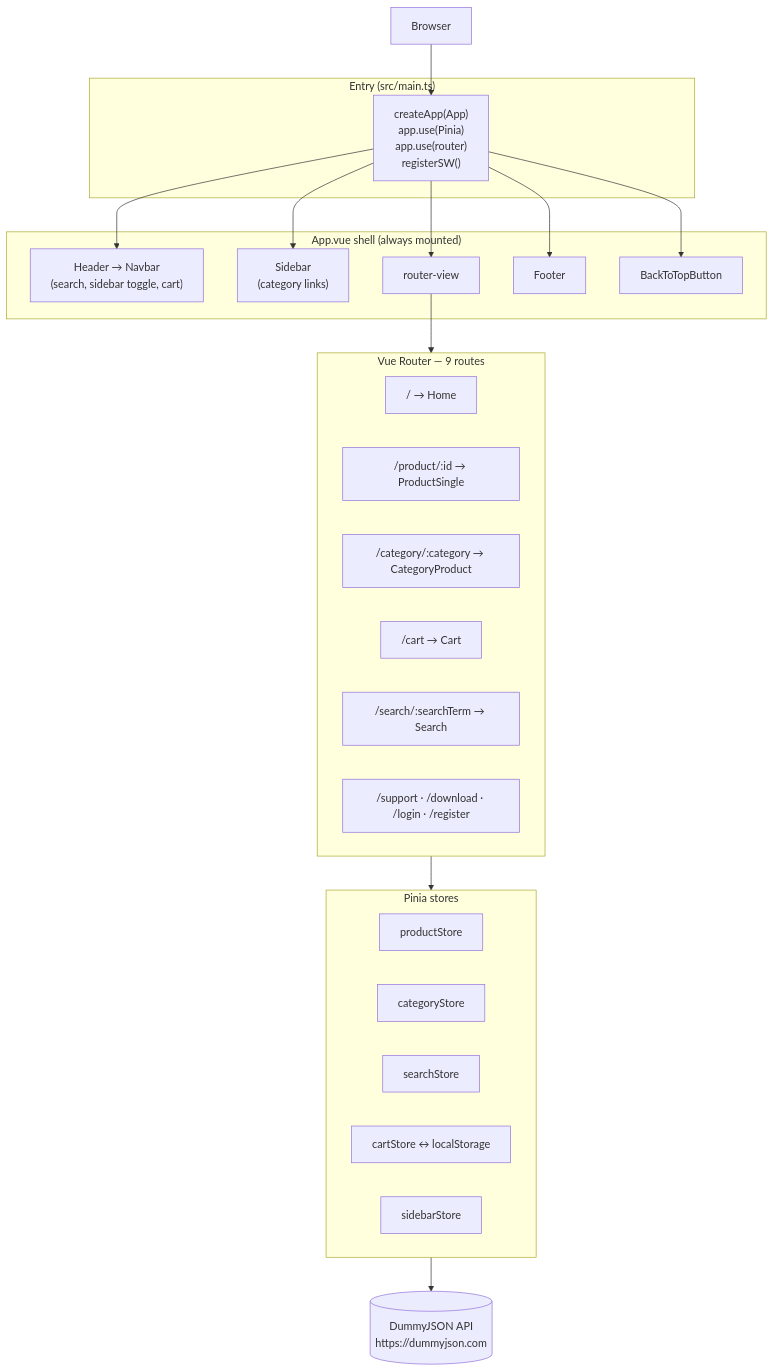
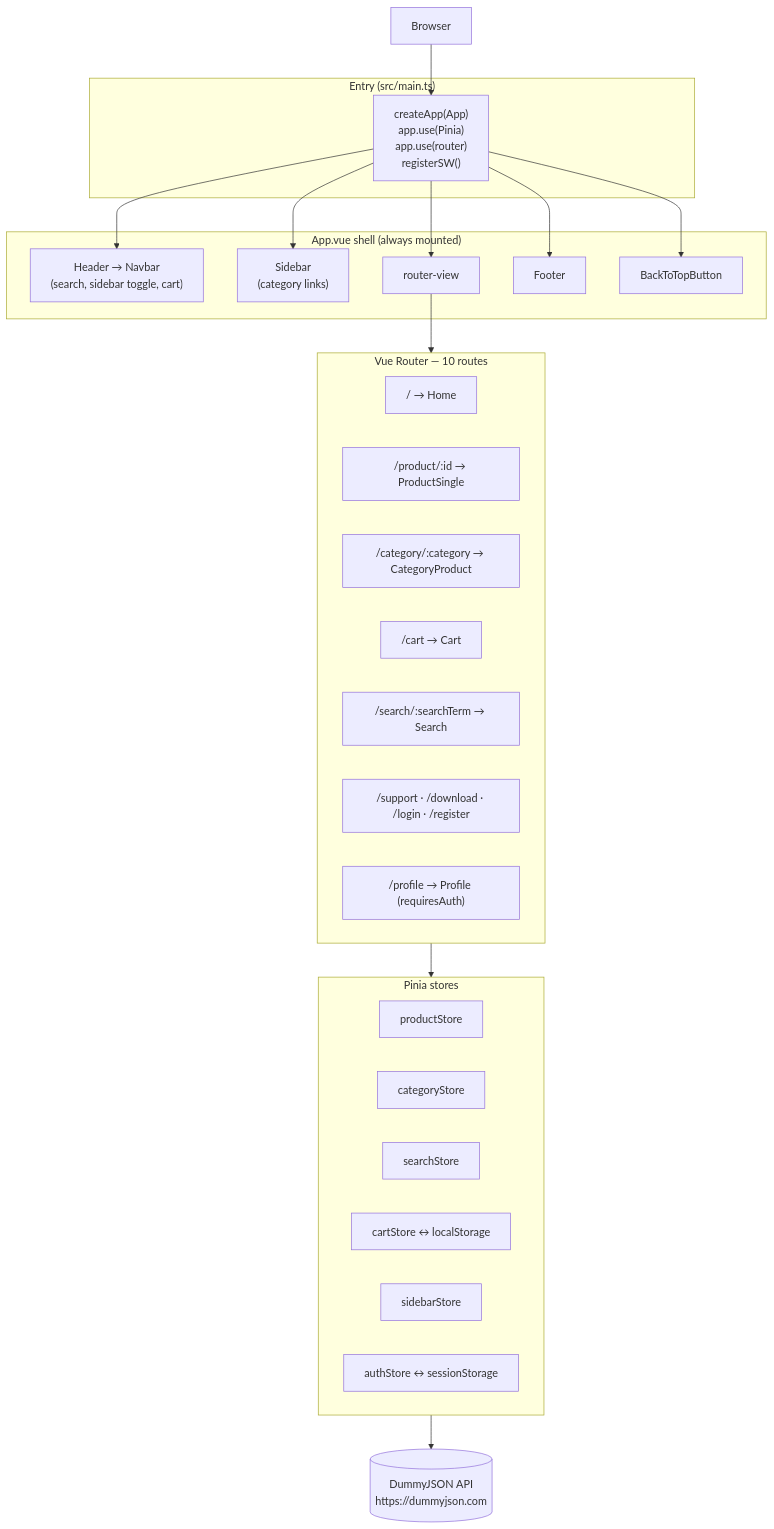
The first of 5 diagrams in web/wiki/02-architecture-and-data-flow.md (lipehfama/snapup-ecommerce), drawn with Mermaid before and after one commit. The commit also changed other lines of this file and 9 other files, not shown here.

Commit message:
docs(web): document DummyJSON authentication flow and route guards

````diff
--- a/web/wiki/02-architecture-and-data-flow.md
+++ b/web/wiki/02-architecture-and-data-flow.md
@@ -5,39 +5,41 @@
 ```mermaid
 flowchart TB
     subgraph Entry["Entry (src/main.ts)"]
         MAIN["createApp(App)\napp.use(Pinia)\napp.use(router)\nregisterSW()"]
     end
 
     subgraph Shell["App.vue shell (always mounted)"]
         HDR["Header → Navbar\n(search, sidebar toggle, cart)"]
         SB["Sidebar\n(category links)"]
         RV["router-view"]
         FTR["Footer"]
         BTT["BackToTopButton"]
     end
 
-    subgraph Router["Vue Router — 9 routes"]
+    subgraph Router["Vue Router — 10 routes"]
         HOME["/ → Home"]
         PROD["/product/:id → ProductSingle"]
         CAT["/category/:category → CategoryProduct"]
         CART["/cart → Cart"]
         SEARCH["/search/:searchTerm → Search"]
         MISC["/support · /download · /login · /register"]
+        PROF["/profile → Profile (requiresAuth)"]
     end
 
     subgraph Stores["Pinia stores"]
         PS["productStore"]
         CS["categoryStore"]
         SS["searchStore"]
         CARTS["cartStore ↔ localStorage"]
         SBS["sidebarStore"]
+        AUTH["authStore ↔ sessionStorage"]
     end
 
     EXT[("DummyJSON API\nhttps://dummyjson.com")]
 
     Browser[Browser] --> MAIN
     MAIN --> HDR & SB & RV & FTR & BTT
     RV --> Router
     Router --> Stores
     Stores --> EXT
 ```
````
